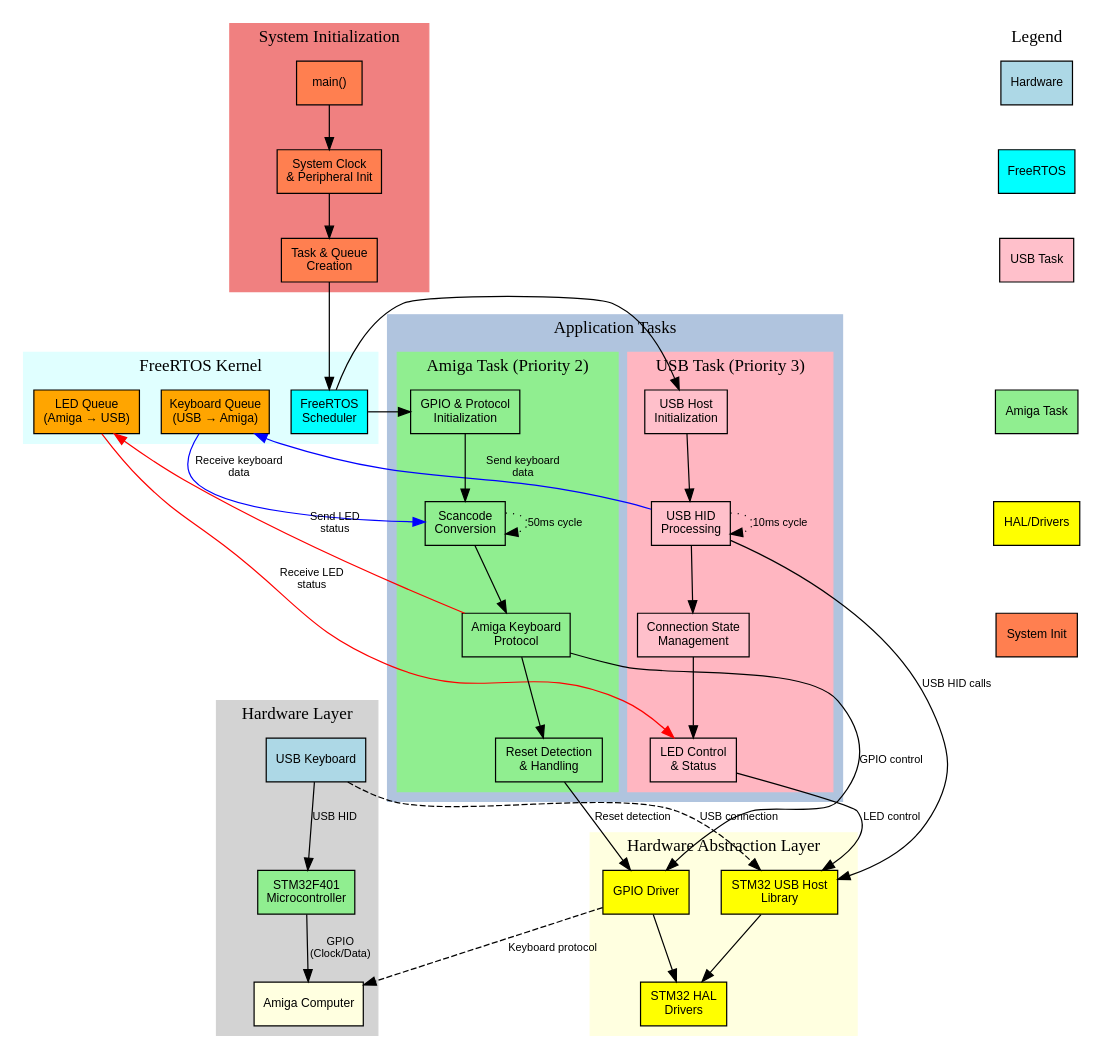
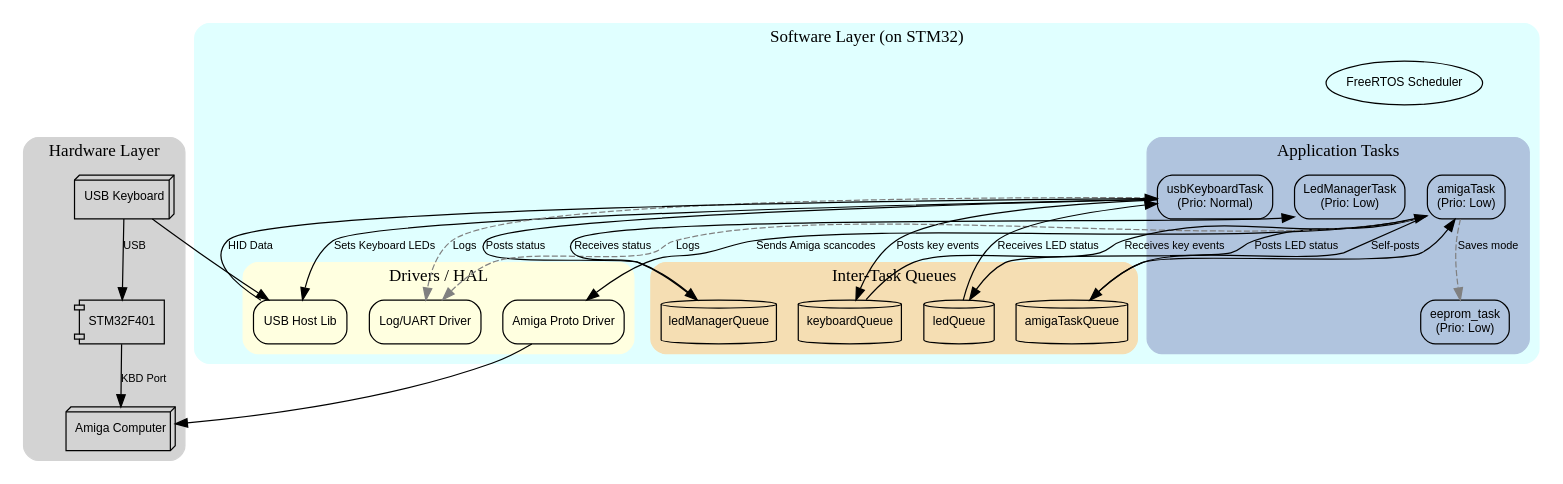
The diagram in project_flowchart.dot (gianlucarenzi/stalker), drawn with Graphviz before and after one commit. The commit also changed 10 other files, not shown here.

```diff
--- a/project_flowchart.dot
+++ b/project_flowchart.dot
@@ -1,142 +1,100 @@
 digraph ProjectFlowchart {
     // Graph settings
     rankdir=TB;
-    node [shape=box, style=filled, fontname="Arial", fontsize=10];
+    node [shape=box, style=rounded, fontname="Arial", fontsize=10];
     edge [fontname="Arial", fontsize=9];
     
-    // Color scheme
+    // Hardware Layer
     subgraph cluster_hardware {
         label="Hardware Layer";
-        style=filled;
+        style="filled,rounded";
         color=lightgrey;
         
-        usb_keyboard [label="USB Keyboard", fillcolor=lightblue];
-        stm32 [label="STM32F401\nMicrocontroller", fillcolor=lightgreen];
-        amiga_computer [label="Amiga Computer", fillcolor=lightyellow];
+        usb_keyboard [label="USB Keyboard", shape=box3d, fillcolor=lightblue];
+        stm32 [label="STM32F401", shape=component, fillcolor=lightgreen];
+        amiga_computer [label="Amiga Computer", shape=box3d, fillcolor=lightyellow];
         
-        usb_keyboard -> stm32 [label="USB HID"];
-        stm32 -> amiga_computer [label="GPIO\n(Clock/Data)"];
+        usb_keyboard -> stm32 [label="USB"];
+        stm32 -> amiga_computer [label="KBD Port"];
     }
     
-    subgraph cluster_freertos {
-        label="FreeRTOS Kernel";
-        style=filled;
+    // Software Layer
+    subgraph cluster_software {
+        label="Software Layer (on STM32)";
+        style="filled,rounded";
         color=lightcyan;
-        
-        scheduler [label="FreeRTOS\nScheduler", fillcolor=cyan];
-        keyboard_queue [label="Keyboard Queue\n(USB → Amiga)", fillcolor=orange];
-        led_queue [label="LED Queue\n(Amiga → USB)", fillcolor=orange];
-    }
-    
-    subgraph cluster_tasks {
-        label="Application Tasks";
-        style=filled;
-        color=lightsteelblue;
-        
-        subgraph cluster_usb_task {
-            label="USB Task (Priority 3)";
-            style=filled;
-            color=lightpink;
+
+        // FreeRTOS Kernel
+        scheduler [label="FreeRTOS Scheduler", shape=oval, fillcolor=cyan];
+
+        // Application Tasks
+        subgraph cluster_tasks {
+            label="Application Tasks";
+            style="filled,rounded";
+            color=lightsteelblue;
             
-            usb_init [label="USB Host\nInitialization", fillcolor=pink];
-            usb_process [label="USB HID\nProcessing", fillcolor=pink];
-            led_control [label="LED Control\n& Status", fillcolor=pink];
-            usb_state [label="Connection State\nManagement", fillcolor=pink];
+            usb_task [label="usbKeyboardTask\n(Prio: Normal)", fillcolor=pink];
+            amiga_task [label="amigaTask\n(Prio: Low)", fillcolor=lightgreen];
+            led_manager_task [label="LedManagerTask\n(Prio: Low)", fillcolor=lightgoldenrodyellow];
+            eeprom_task [label="eeprom_task\n(Prio: Low)", fillcolor=lightgoldenrodyellow];
         }
-        
-        subgraph cluster_amiga_task {
-            label="Amiga Task (Priority 2)";
-            style=filled;
-            color=lightgreen;
+
+        // Inter-Task Queues
+        subgraph cluster_queues {
+            label="Inter-Task Queues";
+            style="filled,rounded";
+            color=wheat;
             
-            amiga_init [label="GPIO & Protocol\nInitialization", fillcolor=lightgreen];
-            scancode_conv [label="Scancode\nConversion", fillcolor=lightgreen];
-            amiga_protocol [label="Amiga Keyboard\nProtocol", fillcolor=lightgreen];
-            reset_detect [label="Reset Detection\n& Handling", fillcolor=lightgreen];
+            keyboard_queue [label="keyboardQueue", shape=cylinder, fillcolor=orange];
+            led_queue [label="ledQueue", shape=cylinder, fillcolor=orange];
+            led_manager_queue [label="ledManagerQueue", shape=cylinder, fillcolor=orange];
+            amiga_task_queue [label="amigaTaskQueue", shape=cylinder, fillcolor=orange];
+        }
+
+        // Drivers
+        subgraph cluster_drivers {
+            label="Drivers / HAL";
+            style="filled,rounded";
+            color=lightyellow;
+            
+            usb_host_lib [label="USB Host Lib", fillcolor=yellow];
+            amiga_driver [label="Amiga Proto Driver", fillcolor=yellow];
+            log_driver [label="Log/UART Driver", fillcolor=yellow];
         }
     }
+
+    // Connections
+    // Task -> Scheduler
+    scheduler -> usb_task [style=invis];
+    scheduler -> amiga_task [style=invis];
+    scheduler -> led_manager_task [style=invis];
+    scheduler -> eeprom_task [style=invis];
+
+    // USB Flow
+    usb_keyboard -> usb_host_lib [ltail=cluster_hardware, lhead=cluster_drivers];
+    usb_host_lib -> usb_task [label="HID Data"];
+    usb_task -> keyboard_queue [label="Posts key events"];
     
-    subgraph cluster_drivers {
-        label="Hardware Abstraction Layer";
-        style=filled;
-        color=lightyellow;
-        
-        usb_host_lib [label="STM32 USB Host\nLibrary", fillcolor=yellow];
-        hal_drivers [label="STM32 HAL\nDrivers", fillcolor=yellow];
-        gpio_driver [label="GPIO Driver", fillcolor=yellow];
-    }
+    // Amiga Flow
+    keyboard_queue -> amiga_task [label="Receives key events"];
+    amiga_task -> amiga_driver [label="Sends Amiga scancodes"];
+    amiga_driver -> amiga_computer [ltail=cluster_drivers, lhead=cluster_hardware];
+
+    // LED Feedback Flow (Keyboard LEDs)
+    amiga_task -> led_queue [label="Posts LED status"];
+    led_queue -> usb_task [label="Receives LED status"];
+    usb_task -> usb_host_lib [label="Sets Keyboard LEDs"];
+
+    // Onboard LED Flow
+    usb_task -> led_manager_queue [label="Posts status"];
+    led_manager_queue -> led_manager_task [label="Receives status"];
     
-    subgraph cluster_main {
-        label="System Initialization";
-        style=filled;
-        color=lightcoral;
-        
-        main_func [label="main()", fillcolor=coral];
-        system_init [label="System Clock\n& Peripheral Init", fillcolor=coral];
-        task_creation [label="Task & Queue\nCreation", fillcolor=coral];
-    }
-    
-    // Main flow
-    main_func -> system_init;
-    system_init -> task_creation;
-    task_creation -> scheduler;
-    
-    // Task initialization
-    scheduler -> usb_init;
-    scheduler -> amiga_init;
-    
-    // USB Task flow
-    usb_init -> usb_process;
-    usb_process -> usb_state;
-    usb_state -> led_control;
-    
-    // Amiga Task flow
-    amiga_init -> scancode_conv;
-    scancode_conv -> amiga_protocol;
-    amiga_protocol -> reset_detect;
-    
-    // Inter-task communication
-    usb_process -> keyboard_queue [label="Send keyboard\ndata", color=blue];
-    keyboard_queue -> scancode_conv [label="Receive keyboard\ndata", color=blue];
-    
-    amiga_protocol -> led_queue [label="Send LED\nstatus", color=red];
-    led_queue -> led_control [label="Receive LED\nstatus", color=red];
-    
-    // Hardware interactions
-    usb_process -> usb_host_lib [label="USB HID calls"];
-    led_control -> usb_host_lib [label="LED control"];
-    
-    amiga_protocol -> gpio_driver [label="GPIO control"];
-    reset_detect -> gpio_driver [label="Reset detection"];
-    
-    usb_host_lib -> hal_drivers;
-    gpio_driver -> hal_drivers;
-    
-    // External connections
-    usb_keyboard -> usb_host_lib [style=dashed, label="USB connection"];
-    gpio_driver -> amiga_computer [style=dashed, label="Keyboard protocol"];
-    
-    // Timing loops
-    usb_process -> usb_process [label="10ms cycle", style=dotted];
-    scancode_conv -> scancode_conv [label="50ms cycle", style=dotted];
-    
-    // Legend
-    subgraph cluster_legend {
-        label="Legend";
-        style=filled;
-        color=white;
-        
-        legend_hardware [label="Hardware", fillcolor=lightblue];
-        legend_freertos [label="FreeRTOS", fillcolor=cyan];
-        legend_usb [label="USB Task", fillcolor=pink];
-        legend_amiga [label="Amiga Task", fillcolor=lightgreen];
-        legend_hal [label="HAL/Drivers", fillcolor=yellow];
-        legend_main [label="System Init", fillcolor=coral];
-        
-        legend_hardware -> legend_freertos [style=invis];
-        legend_freertos -> legend_usb [style=invis];
-        legend_usb -> legend_amiga [style=invis];
-        legend_amiga -> legend_hal [style=invis];
-        legend_hal -> legend_main [style=invis];
-    }
+    // Internal Amiga Task Flow
+    amiga_task -> amiga_task_queue [label="Self-posts"];
+    amiga_task_queue -> amiga_task;
+
+    // Other connections
+    amiga_task -> eeprom_task [label="Saves mode", style=dashed, color=grey];
+    usb_task -> log_driver [label="Logs", style=dashed, color=grey];
+    amiga_task -> log_driver [label="Logs", style=dashed, color=grey];
 }
```
